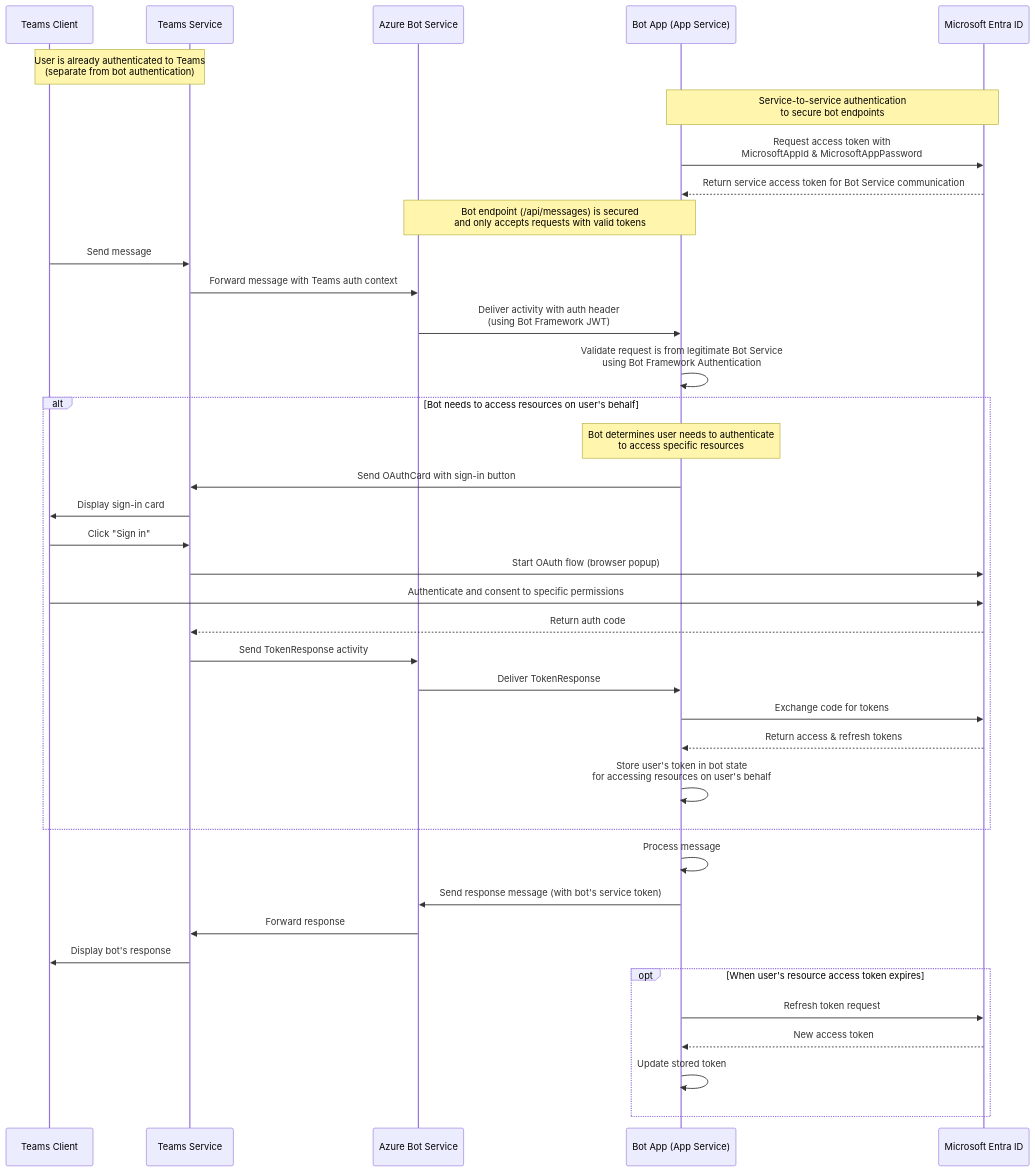
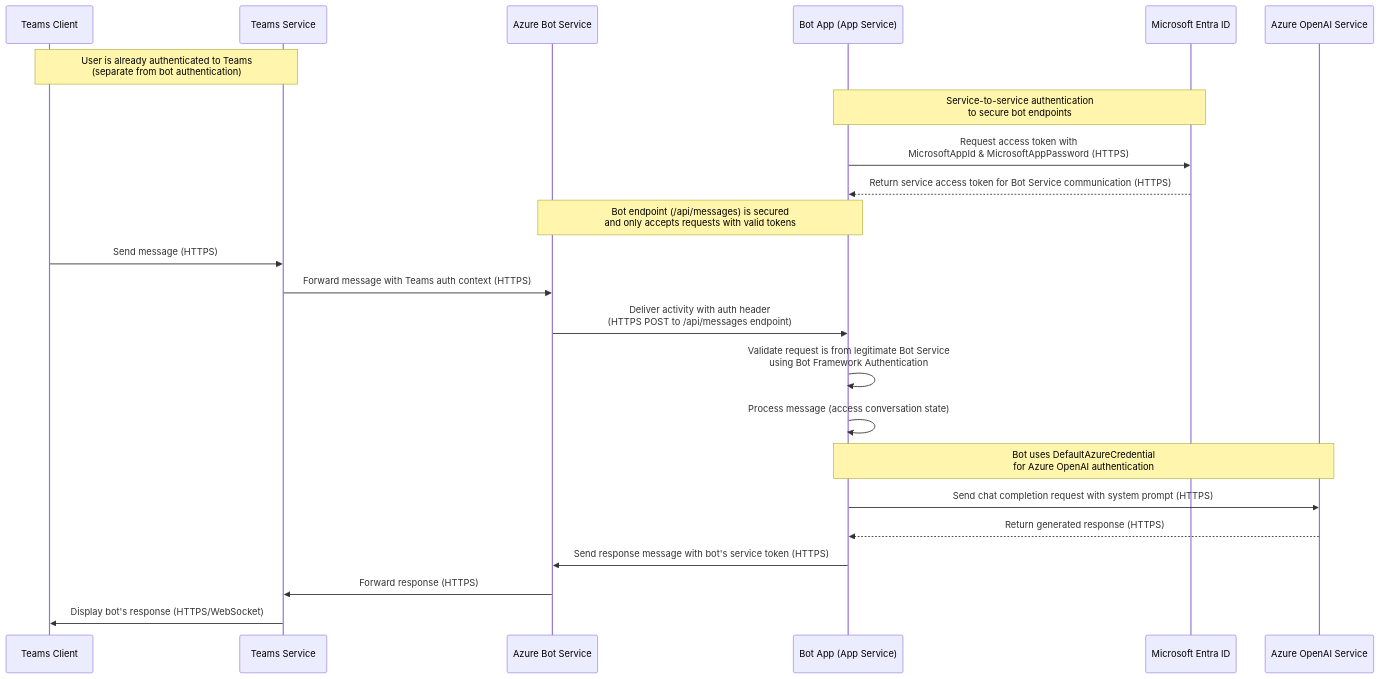
Before and after one commit to rukasakurai/SystemPromptSwitchingGPTBot: the diagram in docs/sequence-diagram.md, drawn with Mermaid. The commit also changed other lines of this file, not shown here.

Commit message:
Refactor sequence diagram to streamline authentication flow and enhance clarity of message processing

````diff
--- a/docs/sequence-diagram.md
+++ b/docs/sequence-diagram.md
@@ -5,55 +5,38 @@
 ```mermaid
 sequenceDiagram
     participant User as Teams Client
     participant TeamsService as Teams Service
     participant BotService as Azure Bot Service
     participant Bot as Bot App (App Service)
     participant Entra as Microsoft Entra ID
+    participant OpenAI as Azure OpenAI Service
 
     %% User is already authenticated to Teams (happens before bot interaction)
     Note over User,TeamsService: User is already authenticated to Teams<br/>(separate from bot authentication)
 
     %% Service-to-service authentication for securing API endpoints
     Note over Bot,Entra: Service-to-service authentication<br/>to secure bot endpoints
-    Bot->>Entra: Request access token with<br/>MicrosoftAppId & MicrosoftAppPassword
-    Entra-->>Bot: Return service access token for Bot Service communication
+    Bot->>Entra: Request access token with<br/>MicrosoftAppId & MicrosoftAppPassword (HTTPS)
+    Entra-->>Bot: Return service access token for Bot Service communication (HTTPS)
     Note over BotService,Bot: Bot endpoint (/api/messages) is secured<br/>and only accepts requests with valid tokens
 
     %% Initial message flow
-    User->>TeamsService: Send message
-    TeamsService->>BotService: Forward message with Teams auth context
-    BotService->>Bot: Deliver activity with auth header<br/>(using Bot Framework JWT)
+    User->>TeamsService: Send message (HTTPS)
+    TeamsService->>BotService: Forward message with Teams auth context (HTTPS)
+    BotService->>Bot: Deliver activity with auth header<br/>(HTTPS POST to /api/messages endpoint)
 
     %% Bot validates incoming requests
     Bot->>Bot: Validate request is from legitimate Bot Service<br/>using Bot Framework Authentication
 
-    %% Main flow - optional user authentication to access external resources
-    alt Bot needs to access resources on user's behalf
-        %% This is separate from Teams authentication
-        Note over Bot: Bot determines user needs to authenticate<br/>to access specific resources
-        Bot->>TeamsService: Send OAuthCard with sign-in button
-        TeamsService->>User: Display sign-in card
-        User->>TeamsService: Click "Sign in"
-        TeamsService->>Entra: Start OAuth flow (browser popup)
-        User->>Entra: Authenticate and consent to specific permissions
-        Entra-->>TeamsService: Return auth code
-        TeamsService->>BotService: Send TokenResponse activity
-        BotService->>Bot: Deliver TokenResponse
-        Bot->>Entra: Exchange code for tokens
-        Entra-->>Bot: Return access & refresh tokens
-        Bot->>Bot: Store user's token in bot state<br/>for accessing resources on user's behalf
-    end
+    %% Main message processing flow
+    Bot->>Bot: Process message (access conversation state)
 
-    %% Main message processing flow
-    Bot->>Bot: Process message
-    Bot->>BotService: Send response message (with bot's service token)
-    BotService->>TeamsService: Forward response
-    TeamsService->>User: Display bot's response
+    %% Azure OpenAI interaction
+    Note over Bot,OpenAI: Bot uses DefaultAzureCredential<br/>for Azure OpenAI authentication
+    Bot->>OpenAI: Send chat completion request with system prompt (HTTPS)
+    OpenAI-->>Bot: Return generated response (HTTPS)
 
-    %% Token refresh (optional)
-    opt When user's resource access token expires
-        Bot->>Entra: Refresh token request
-        Entra-->>Bot: New access token
-        Bot->>Bot: Update stored token
-    end
+    Bot->>BotService: Send response message with bot's service token (HTTPS)
+    BotService->>TeamsService: Forward response (HTTPS)
+    TeamsService->>User: Display bot's response (HTTPS/WebSocket)
 ```
````
